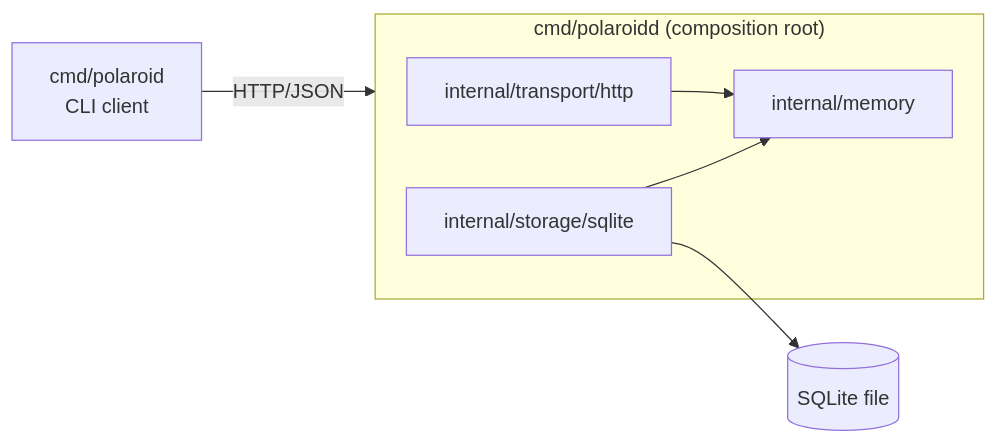
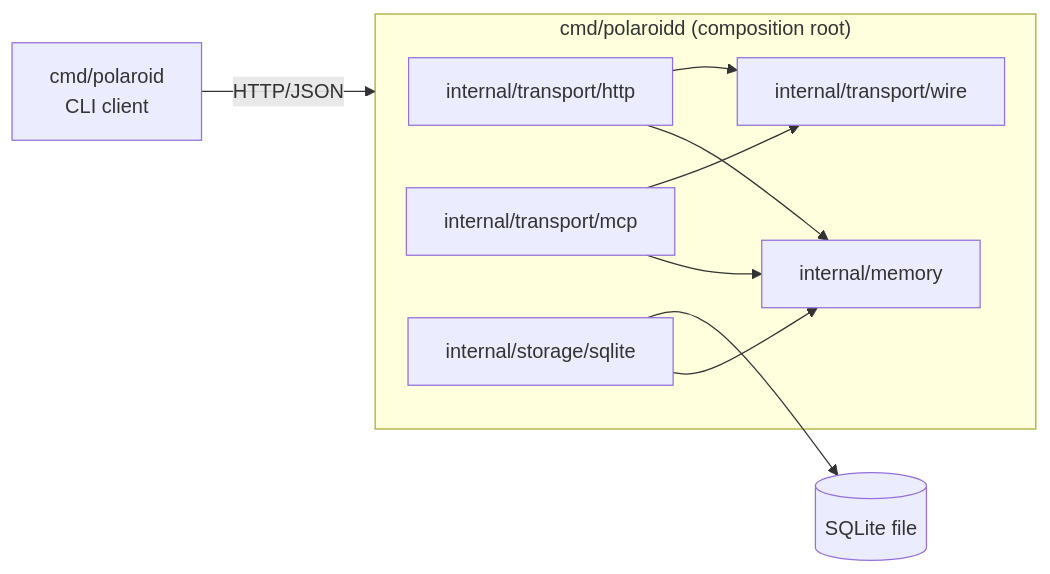
One commit to ashuangiras/polaroid changed the diagram in docs/architecture/overview.md. Above: the diagram before and after it, drawn with Mermaid. The commit also changed other lines of this file and 22 other files, not shown here.

````diff
--- a/docs/architecture/overview.md
+++ b/docs/architecture/overview.md
@@ -11,9 +11,12 @@
 ```mermaid
 flowchart LR
   cli["cmd/polaroid<br/>CLI client"] -- HTTP/JSON --> daemon
   subgraph daemon["cmd/polaroidd (composition root)"]
     transport["internal/transport/http"] --> memory["internal/memory"]
+    mcpt["internal/transport/mcp"] --> memory
+    transport --> wire["internal/transport/wire"]
+    mcpt --> wire
     sqlite["internal/storage/sqlite"] --> memory
   end
   sqlite --> db[("SQLite file")]
 ```
````
